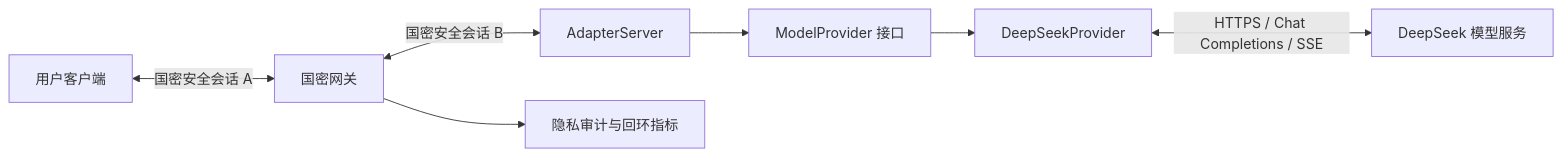
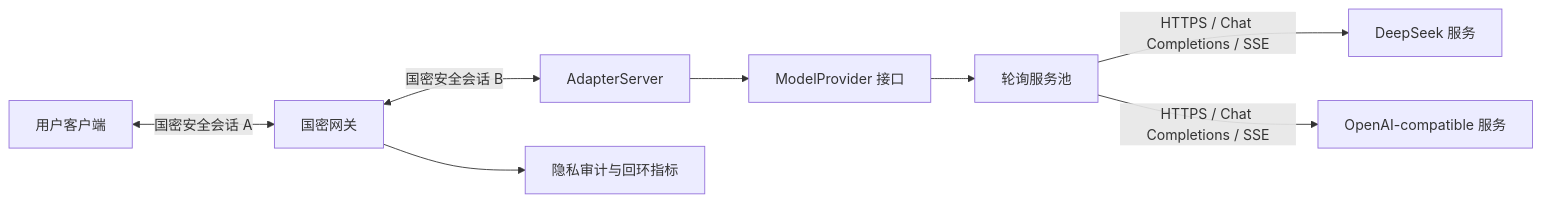
The first of 3 diagrams in README.md (bljfy/gateway), drawn with Mermaid before and after one commit. The commit also changed other lines of this file and 13 other files, not shown here.

````diff
--- a/README.md
+++ b/README.md
@@ -5,9 +5,10 @@
 ```mermaid
 flowchart LR
     U[用户客户端] <-->|国密安全会话 A| G[国密网关]
     G <-->|国密安全会话 B| A[AdapterServer]
     A --> P[ModelProvider 接口]
-    P --> D[DeepSeekProvider]
-    D <-->|HTTPS / Chat Completions / SSE| M[DeepSeek 模型服务]
+    P --> D[轮询服务池]
+    D -->|HTTPS / Chat Completions / SSE| M1[DeepSeek 服务]
+    D -->|HTTPS / Chat Completions / SSE| M2[OpenAI-compatible 服务]
     G --> L[隐私审计与回环指标]
 ```
````
